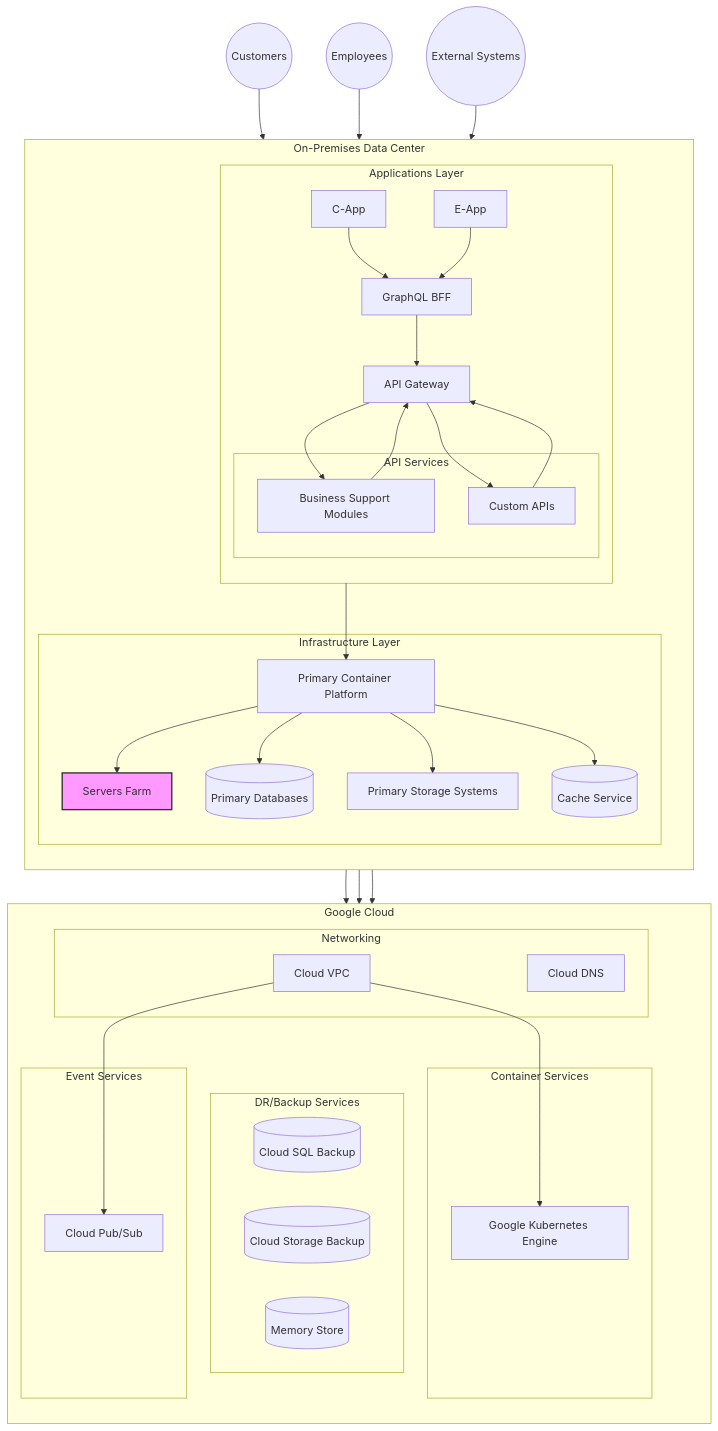
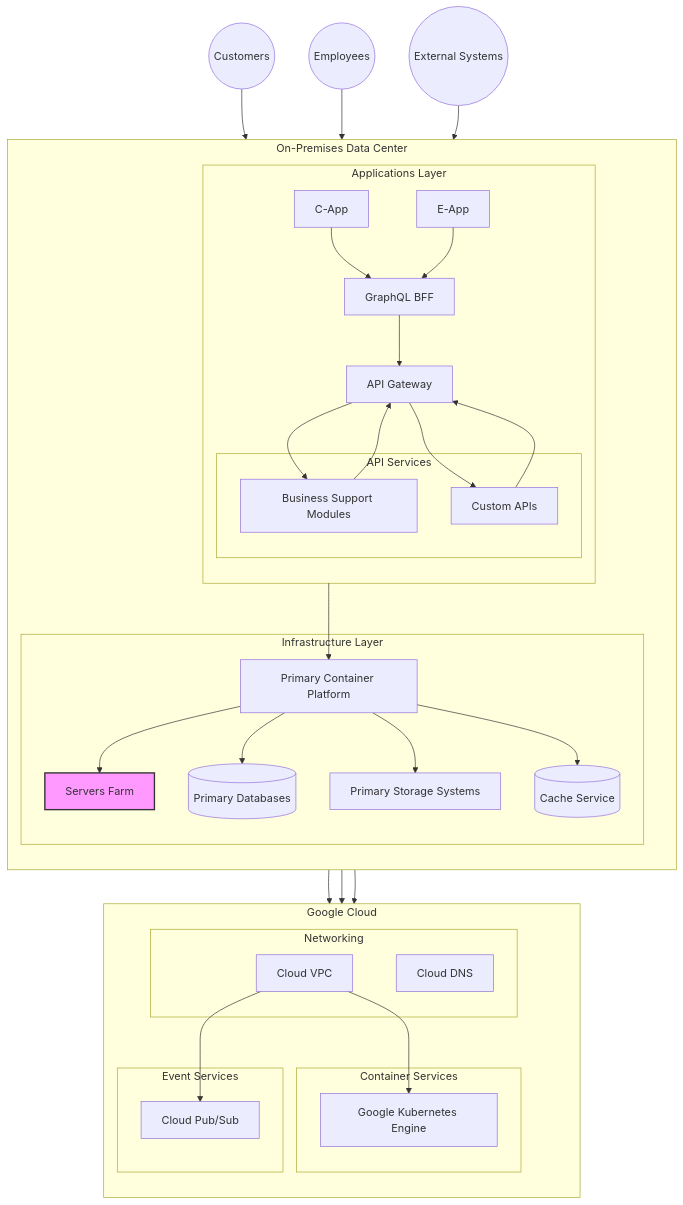
One commit to henryrestive/infra-docs changed the diagram in GCP-HybridCloud.md. Above: the diagram before and after it, drawn with Mermaid.

Commit message:
Update GCP diagram

````diff
--- a/GCP-HybridCloud.md
+++ b/GCP-HybridCloud.md
@@ -8,71 +8,65 @@
 ```mermaid
 graph TB
     subgraph OnPrem[On-Premises Data Center]
         direction TB
         subgraph Apps[Applications Layer]
             CApp[C-App]
             EApp[E-App]
             subgraph API[API Services]
                 BSM[Business Support Modules]
                 CustomAPI[Custom APIs]
             end
             BFF[GraphQL BFF]
             Gateway[API Gateway]
         end
         
         subgraph Infrastructure[Infrastructure Layer]
             ServersFarm[Servers Farm]:::serversFarm
             ContainerPlatform[Primary Container Platform]
             PrimaryDB[(Primary Databases)]
             PrimaryStorage[Primary Storage Systems]
             CacheService[(Cache Service)]
         end
     end
 
     subgraph GCP[Google Cloud]
         direction TB
         subgraph Network[Networking]
             VPC[Cloud VPC]
             CloudDNS[Cloud DNS]
         end
         
         subgraph Compute[Container Services]
             GKE[Google Kubernetes Engine]
         end
         
-        subgraph Data[DR/Backup Services]
-            CloudSQL[(Cloud SQL Backup)]
-            CloudStorage[(Cloud Storage Backup)]
-            MemoryStore[(Memory Store)]
-        end
-        
         subgraph Messaging[Event Services]
             PubSub[Cloud Pub/Sub]
         end
     end
 
     Customers((Customers))
     Employees((Employees))
     ExternalSystems((External Systems))
 
     CApp & EApp --> BFF
     BFF --> Gateway
     BSM & CustomAPI --> Gateway
     Gateway --> BSM
     Gateway --> CustomAPI
     Customers --> CApp
     Employees --> EApp
     ExternalSystems --> Gateway
     Apps --> ContainerPlatform
     ContainerPlatform --> ServersFarm
     ContainerPlatform --> PrimaryDB
     ContainerPlatform --> PrimaryStorage
     ContainerPlatform --> CacheService
     ContainerPlatform --> VPC
     VPC --> GKE
     BSM --> VPC
     CustomAPI --> VPC
     VPC --> PubSub
 
     classDef serversFarm fill:#f9f,stroke:#333,stroke-width:2px;
 ```
````
